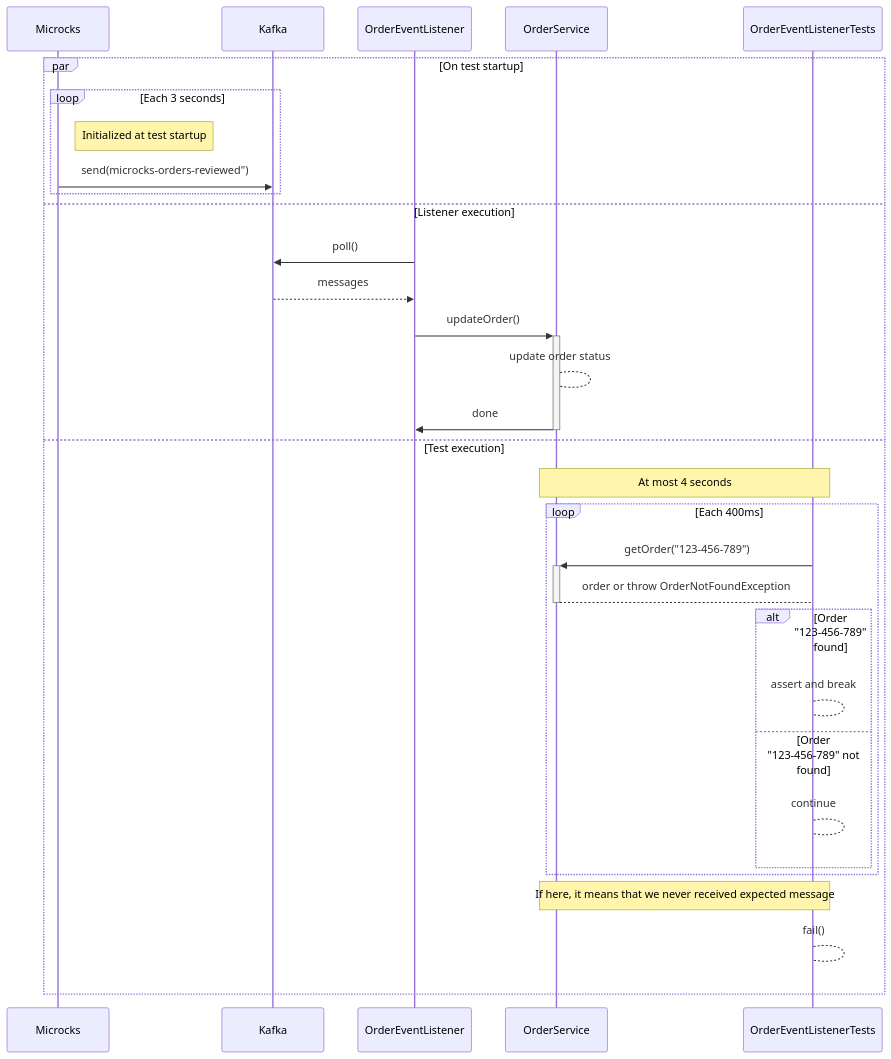
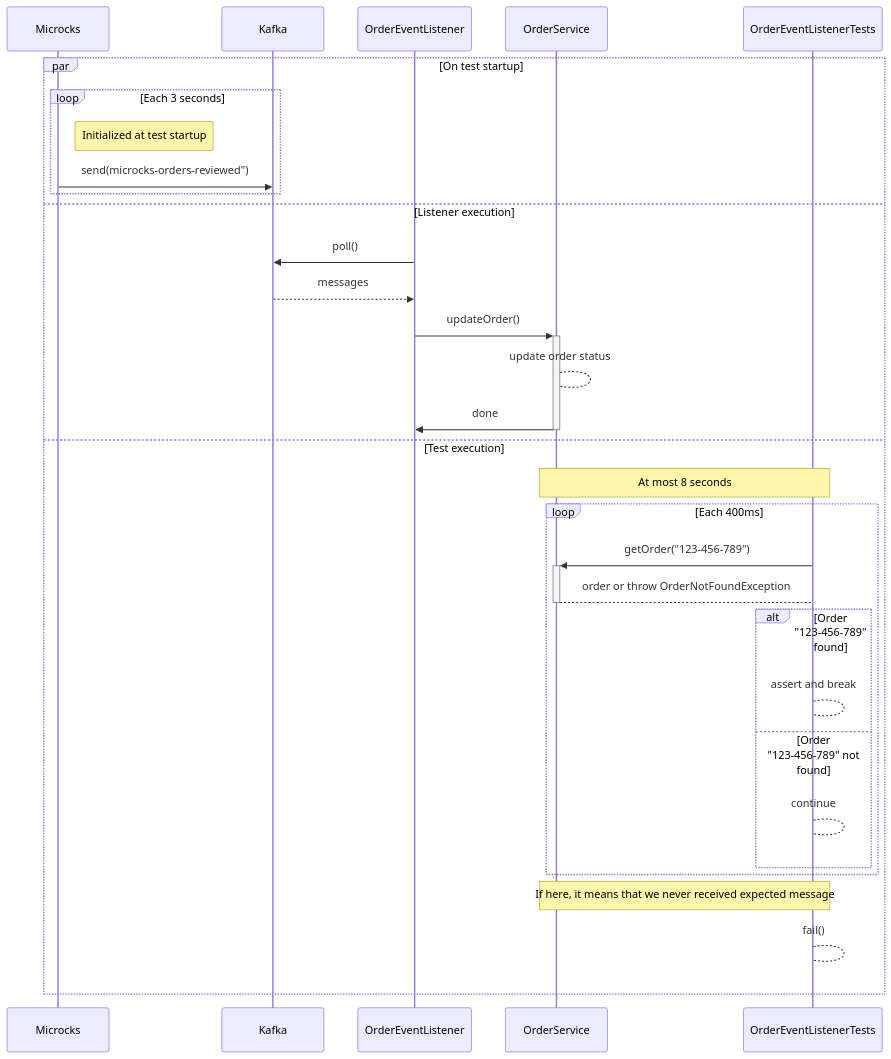
The second of 2 diagrams in step-5-write-async-tests.md (microcks/microcks-quarkus-demo), drawn with Mermaid before and after one commit. The commit also changed other lines of this file and 5 other files, not shown here.

````diff
--- a/step-5-write-async-tests.md
+++ b/step-5-write-async-tests.md
@@ -86,29 +182,29 @@
 ```mermaid
 sequenceDiagram
   par On test startup
     loop Each 3 seconds
       participant Microcks
       Note right of Microcks: Initialized at test startup
       Microcks->>Kafka: send(microcks-orders-reviewed")
     end
   and Listener execution
     OrderEventListener->>Kafka: poll()
     Kafka-->>OrderEventListener: messages
     OrderEventListener->>+OrderService: updateOrder()
     OrderService-->OrderService: update order status
     OrderService->>-OrderEventListener: done
   and Test execution
-    Note over OrderService,OrderEventListenerTests: At most 4 seconds
+    Note over OrderService,OrderEventListenerTests: At most 8 seconds
     loop Each 400ms
       OrderEventListenerTests->>+OrderService: getOrder("123-456-789")
       OrderService-->-OrderEventListenerTests: order or throw OrderNotFoundException
       alt Order "123-456-789" found
         OrderEventListenerTests-->OrderEventListenerTests: assert and break;
       else Order "123-456-789" not found
         OrderEventListenerTests-->OrderEventListenerTests: continue;
       end
     end
     Note over OrderService,OrderEventListenerTests: If here, it means that we never received expected message
     OrderEventListenerTests-->OrderEventListenerTests: fail();
   end
 ```
````
